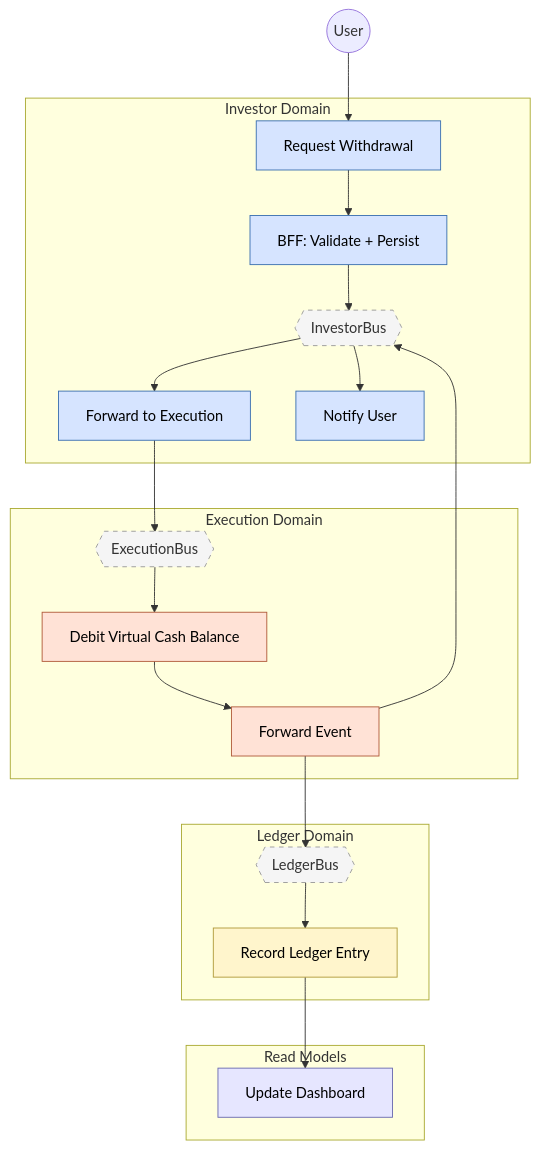
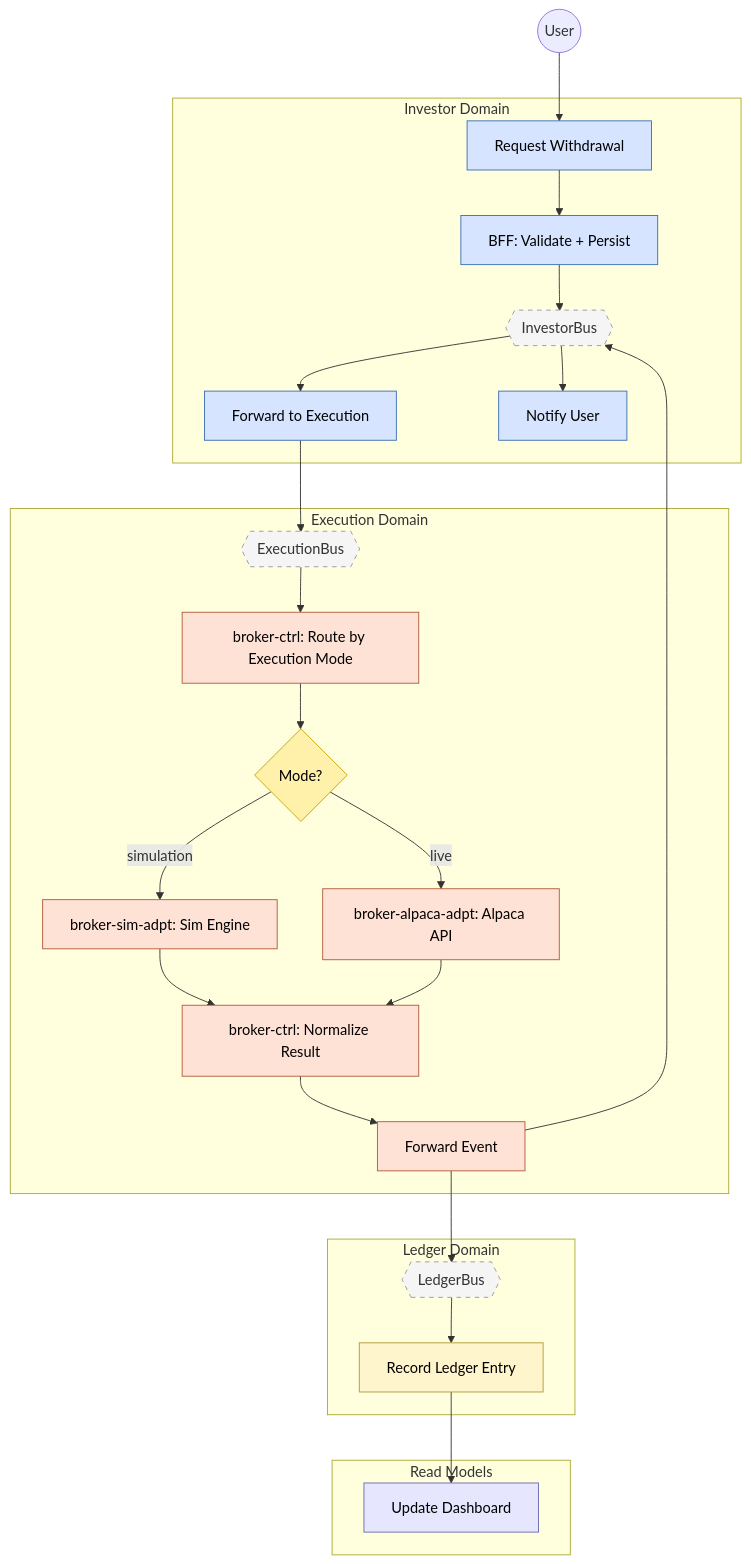
One commit to fabio-vitali/nestfolio changed the diagram in docs/data-flows/03-withdrawal.md. Above: the diagram before and after it, drawn with Mermaid. The commit also changed other lines of this file and 5 other files, not shown here.

First line of the commit message:
docs: update data-flow docs for real money operations

````diff
--- a/docs/data-flows/03-withdrawal.md
+++ b/docs/data-flows/03-withdrawal.md
@@ -11,50 +11,64 @@
 ```mermaid
 flowchart TB
     subgraph subGraph0["Investor Domain"]
         A1["Request Withdrawal"]
         A2["BFF: Validate + Persist"]
         IB{{"InvestorBus"}}
         A3["Forward to Execution"]
         A4["Notify User"]
     end
     subgraph subGraph1["Execution Domain"]
         EB{{"ExecutionBus"}}
-        B1["Debit Virtual Cash Balance"]
+        R1["broker-ctrl: Route by Execution Mode"]
+        R2{"Mode?"}
+        SIM["broker-sim-adpt: Sim Engine"]
+        LIVE["broker-alpaca-adpt: Alpaca API"]
+        NORM["broker-ctrl: Normalize Result"]
         B2["Forward Event"]
     end
     subgraph subGraph2["Ledger Domain"]
         LB{{"LedgerBus"}}
         C1["Record Ledger Entry"]
     end
     subgraph subGraph3["Read Models"]
         D1["Update Dashboard"]
     end
     U(("User")) --> A1
     A1 --> A2
     A2 --> IB
     IB --> A3
     A3 --> EB
-    EB --> B1
-    B1 --> B2
+    EB --> R1
+    R1 --> R2
+    R2 -- "simulation" --> SIM
+    R2 -- "live" --> LIVE
+    SIM --> NORM
+    LIVE --> NORM
+    NORM --> B2
     B2 --> IB & LB
     IB --> A4
     LB --> C1
     C1 --> D1
 
     A1:::investor
     A2:::investor
     IB:::bus
     A3:::investor
     A4:::investor
     EB:::bus
-    B1:::execution
+    R1:::execution
+    R2:::decision
+    SIM:::execution
+    LIVE:::execution
+    NORM:::execution
     B2:::execution
     LB:::bus
     C1:::ledger
     D1:::read
     classDef investor fill:#D6E4FF,stroke:#3A6FB0,color:#000
     classDef execution fill:#FFE2D6,stroke:#B05A3A,color:#000
     classDef ledger fill:#FFF5CC,stroke:#B09A3A,color:#000
     classDef read fill:#E6E6FF,stroke:#6A6AB0,color:#000
     classDef bus fill:#F5F5F5,stroke:#999,stroke-dasharray:5 5
+    classDef decision fill:#FFF0AA,stroke:#C9A000,color:#000
 ```
````
